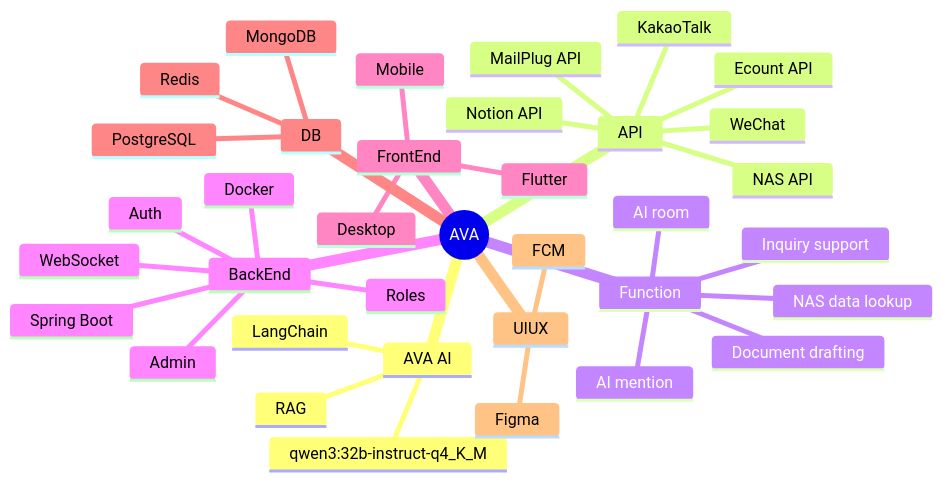
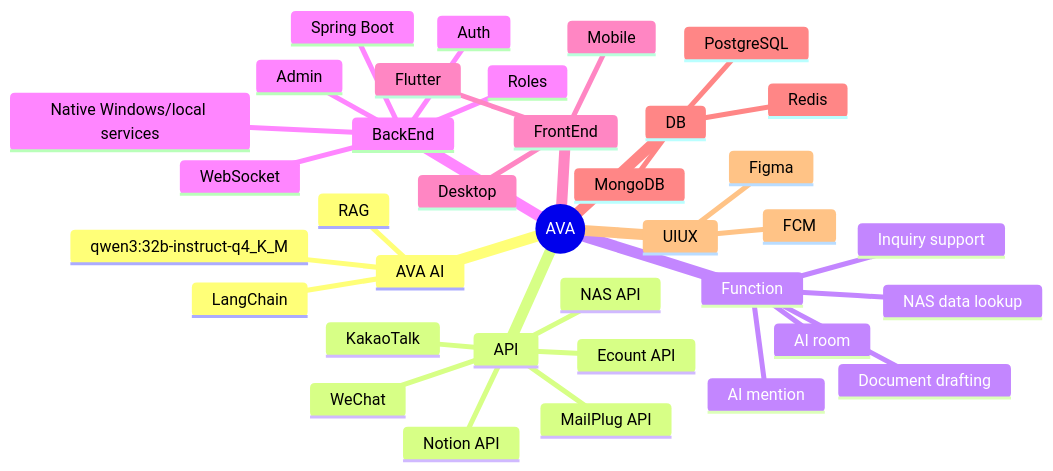
One commit to YJ-EBD/AVA_Project changed the diagram in Mindmap.md. Above: the diagram before and after it, drawn with Mermaid. The commit also changed other lines of this file and 284 other files, not shown here.

````diff
--- a/Mindmap.md
+++ b/Mindmap.md
@@ -52,39 +52,39 @@
 ```mermaid
 mindmap
   root((AVA))
     AVA AI
       qwen3:32b-instruct-q4_K_M
       RAG
       LangChain
     API
       Notion API
       Ecount API
       MailPlug API
       NAS API
       KakaoTalk
       WeChat
     Function
       AI room
       AI mention
       NAS data lookup
       Document drafting
       Inquiry support
     BackEnd
       Spring Boot
       WebSocket
       Auth
       Roles
       Admin
-      Docker
+      Native Windows/local services
     FrontEnd
       Flutter
       Desktop
       Mobile
     DB
       PostgreSQL
       MongoDB
       Redis
     UIUX
       FCM
       Figma
 ```
````
